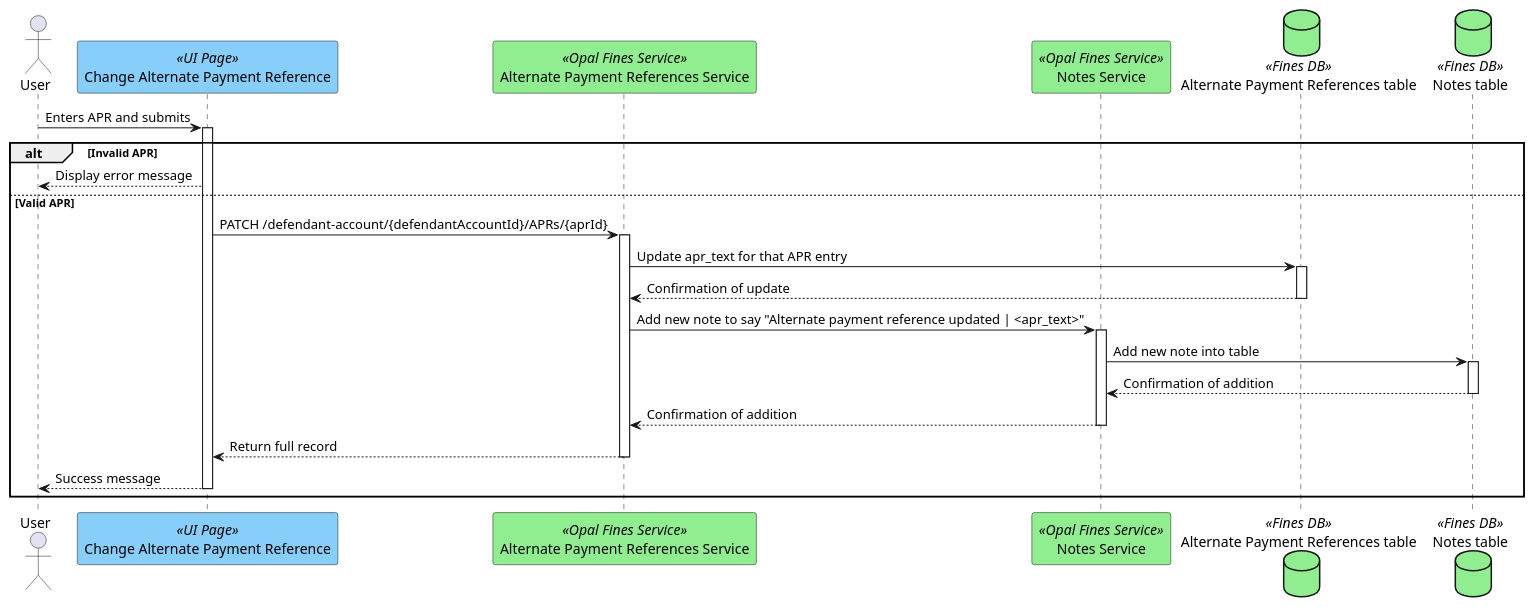
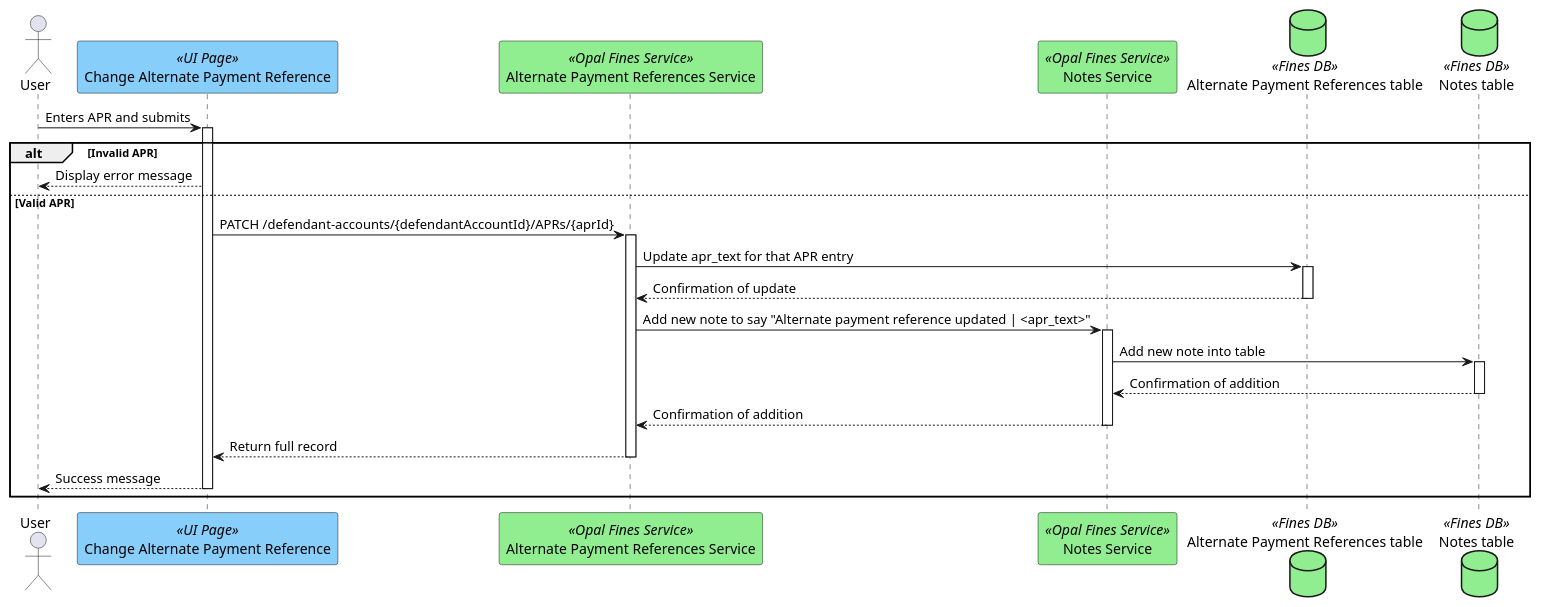
Before and after one commit to hmcts/opal-docs: the diagram in plantUML/defendant-account/update-apr.puml, drawn with PlantUML. The commit also changed 3 other files, not shown here.

Commit message:
Pluralising defendant accounts on EI10 documentation

```diff
--- a/plantUML/defendant-account/update-apr.puml
+++ b/plantUML/defendant-account/update-apr.puml
@@ -1,23 +1,23 @@
 @startuml
 actor "User" as user
 participant "Change Alternate Payment Reference" as uiPage <<UI Page>> #lightskyblue
 participant "Alternate Payment References Service" as alternatePaymentReferencesService <<Opal Fines Service>> #lightgreen
 participant "Notes Service" as notesService <<Opal Fines Service>> #lightgreen
 database "Alternate Payment References table" as aprTable <<Fines DB>>#lightgreen
 database "Notes table" as notesTable <<Fines DB>>#lightgreen
 
 user -> uiPage ++ : Enters APR and submits
 alt Invalid APR
     uiPage --> user : Display error message
 else Valid APR
-    uiPage -> alternatePaymentReferencesService ++ : PATCH /defendant-account/{defendantAccountId}/APRs/{aprId}
+    uiPage -> alternatePaymentReferencesService ++ : PATCH /defendant-accounts/{defendantAccountId}/APRs/{aprId}
     alternatePaymentReferencesService -> aprTable ++ : Update apr_text for that APR entry
     aprTable --> alternatePaymentReferencesService -- : Confirmation of update
     alternatePaymentReferencesService -> notesService ++ : Add new note to say "Alternate payment reference updated | <apr_text>"
     notesService -> notesTable ++ : Add new note into table
     notesTable --> notesService -- : Confirmation of addition
     notesService --> alternatePaymentReferencesService -- : Confirmation of addition
     alternatePaymentReferencesService --> uiPage -- : Return full record
     uiPage --> user -- : Success message
 end
 @enduml
```
